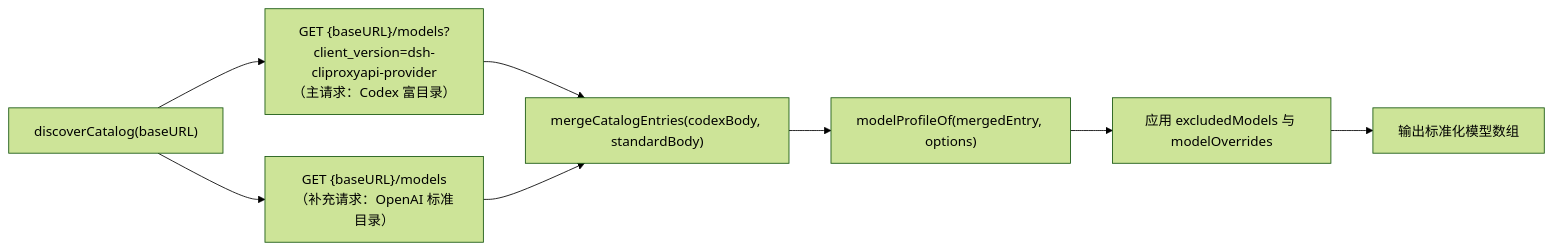
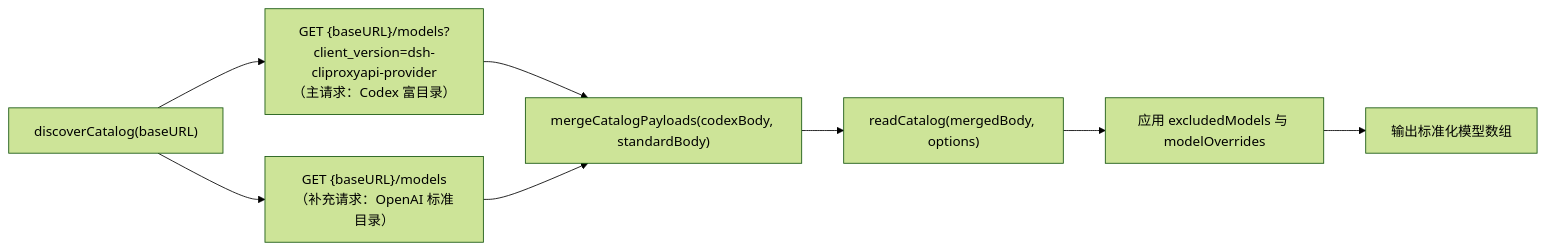
The diagram in docs/model-parameter-adaptation-plan.md (gray0128/dsh-cliproxyapi-provider), drawn with Mermaid (forest theme) before and after one commit. The commit also changed other lines of this file and 8 other files, not shown here.

````diff
--- a/docs/model-parameter-adaptation-plan.md
+++ b/docs/model-parameter-adaptation-plan.md
@@ -27,10 +19,10 @@
 ```mermaid
 flowchart LR
     A["discoverCatalog(baseURL)"] --> B["GET {baseURL}/models?client_version=dsh-cliproxyapi-provider<br/>（主请求：Codex 富目录）"]
     A --> C["GET {baseURL}/models<br/>（补充请求：OpenAI 标准目录）"]
-    B --> D["mergeCatalogEntries(codexBody, standardBody)"]
+    B --> D["mergeCatalogPayloads(codexBody, standardBody)"]
     C --> D
-    D --> E["modelProfileOf(mergedEntry, options)"]
+    D --> E["readCatalog(mergedBody, options)"]
     E --> F["应用 excludedModels 与 modelOverrides"]
     F --> G["输出标准化模型数组"]
 ```
````
